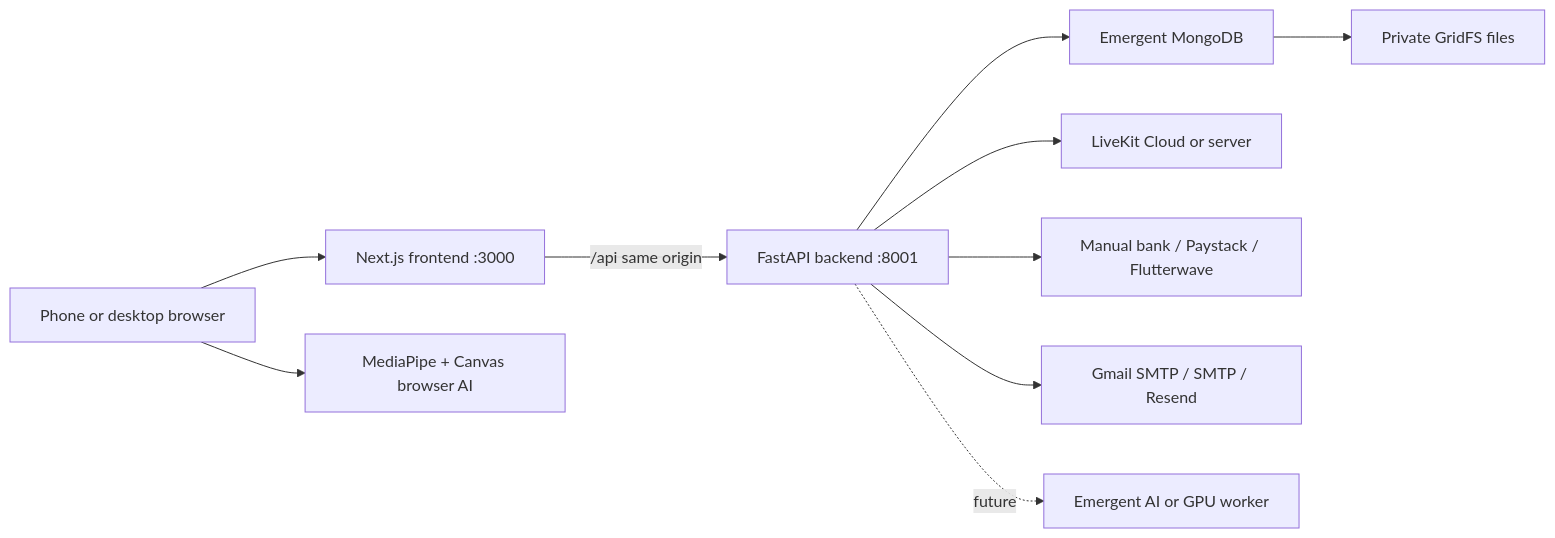
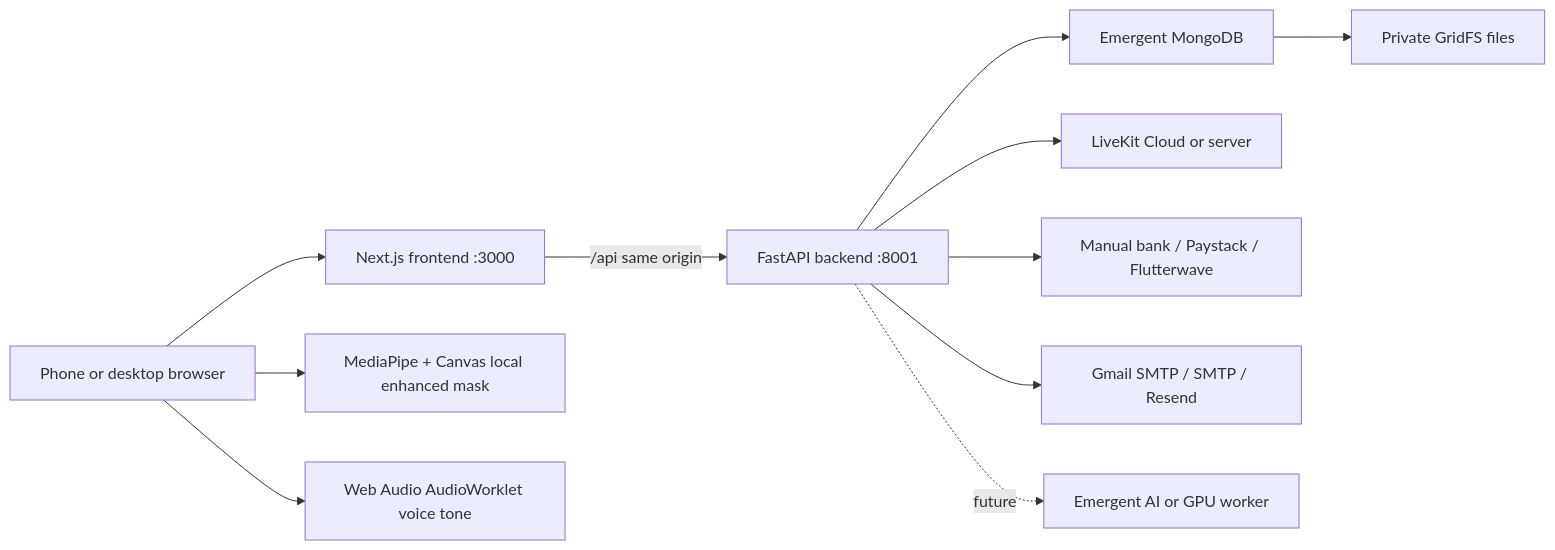
One commit to Lamarrsdrip/TRUEFACE-CALLS changed the diagram in docs/audit/ARCHITECTURE.md. Above: the diagram before and after it, drawn with Mermaid. The commit also changed other lines of this file and 41 other files, not shown here.

````diff
--- a/docs/audit/ARCHITECTURE.md
+++ b/docs/audit/ARCHITECTURE.md
@@ -3,12 +3,13 @@
 ```mermaid
 flowchart LR
   B["Phone or desktop browser"] --> N["Next.js frontend :3000"]
   N -->|"/api same origin"| F["FastAPI backend :8001"]
   F --> M["Emergent MongoDB"]
   M --> G["Private GridFS files"]
   F --> L["LiveKit Cloud or server"]
   F --> P["Manual bank / Paystack / Flutterwave"]
   F --> E["Gmail SMTP / SMTP / Resend"]
-  B --> A["MediaPipe + Canvas browser AI"]
+  B --> A["MediaPipe + Canvas local enhanced mask"]
+  B --> V["Web Audio AudioWorklet voice tone"]
   F -. future .-> C["Emergent AI or GPU worker"]
 ```
````
